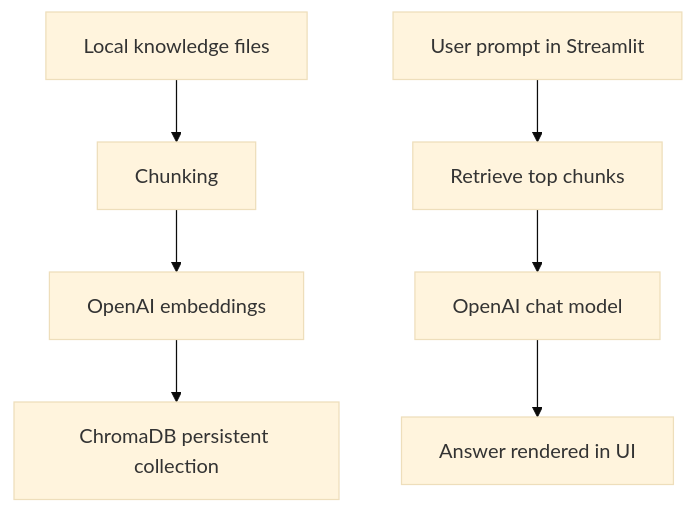
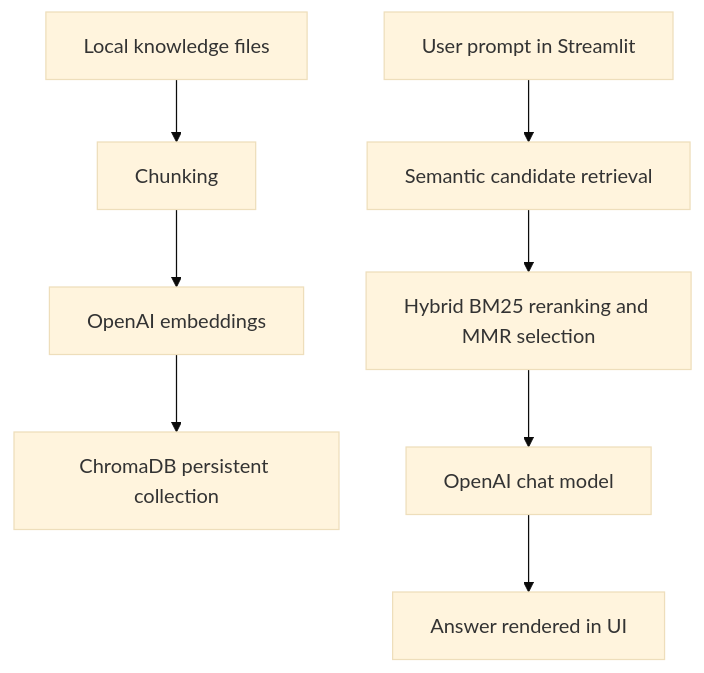
The diagram in knowledge/architect/system-architecture.md (tqcaoson/agentRAG), drawn with Mermaid (base theme) before and after one commit. The commit also changed other lines of this file and 10 other files, not shown here.

````diff
--- a/knowledge/architect/system-architecture.md
+++ b/knowledge/architect/system-architecture.md
@@ -13,9 +13,10 @@
 ```mermaid
 flowchart TD
     A[Local knowledge files] --> B[Chunking]
     B --> C[OpenAI embeddings]
     C --> D[ChromaDB persistent collection]
-    E[User prompt in Streamlit] --> F[Retrieve top chunks]
-    F --> G[OpenAI chat model]
+    E[User prompt in Streamlit] --> F[Semantic candidate retrieval]
+    F --> I[Hybrid BM25 reranking and MMR selection]
+    I --> G[OpenAI chat model]
     G --> H[Answer rendered in UI]
 ```
````
